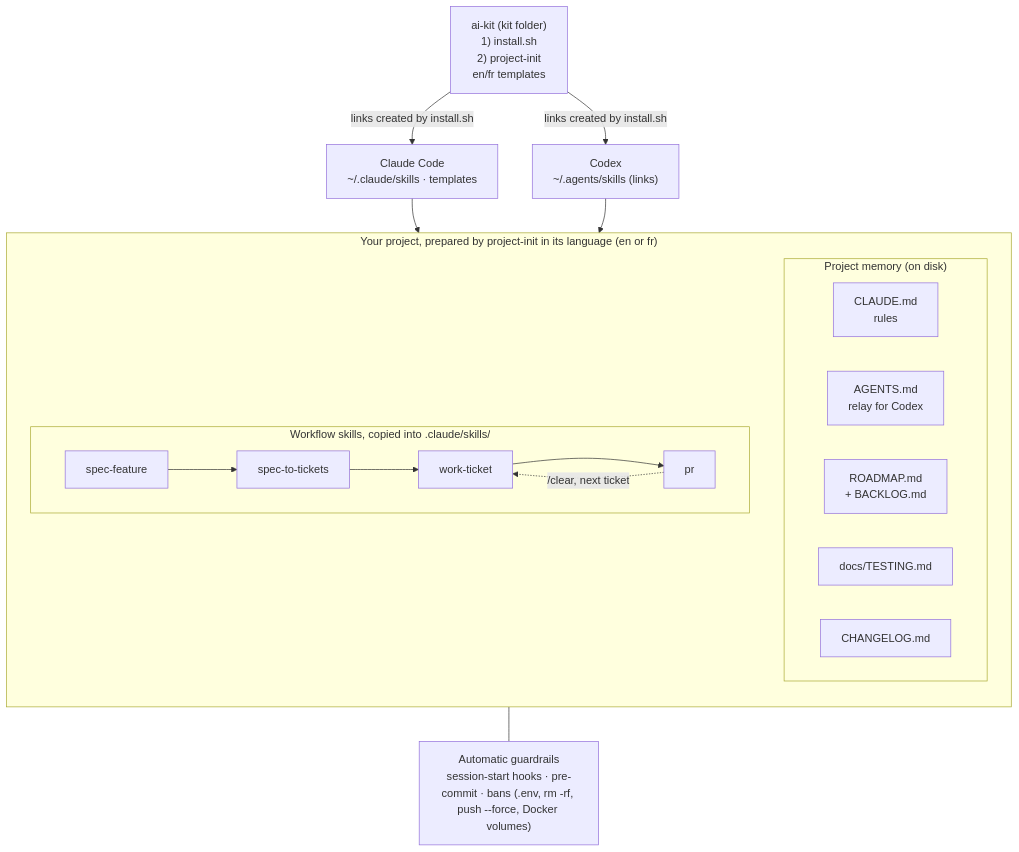
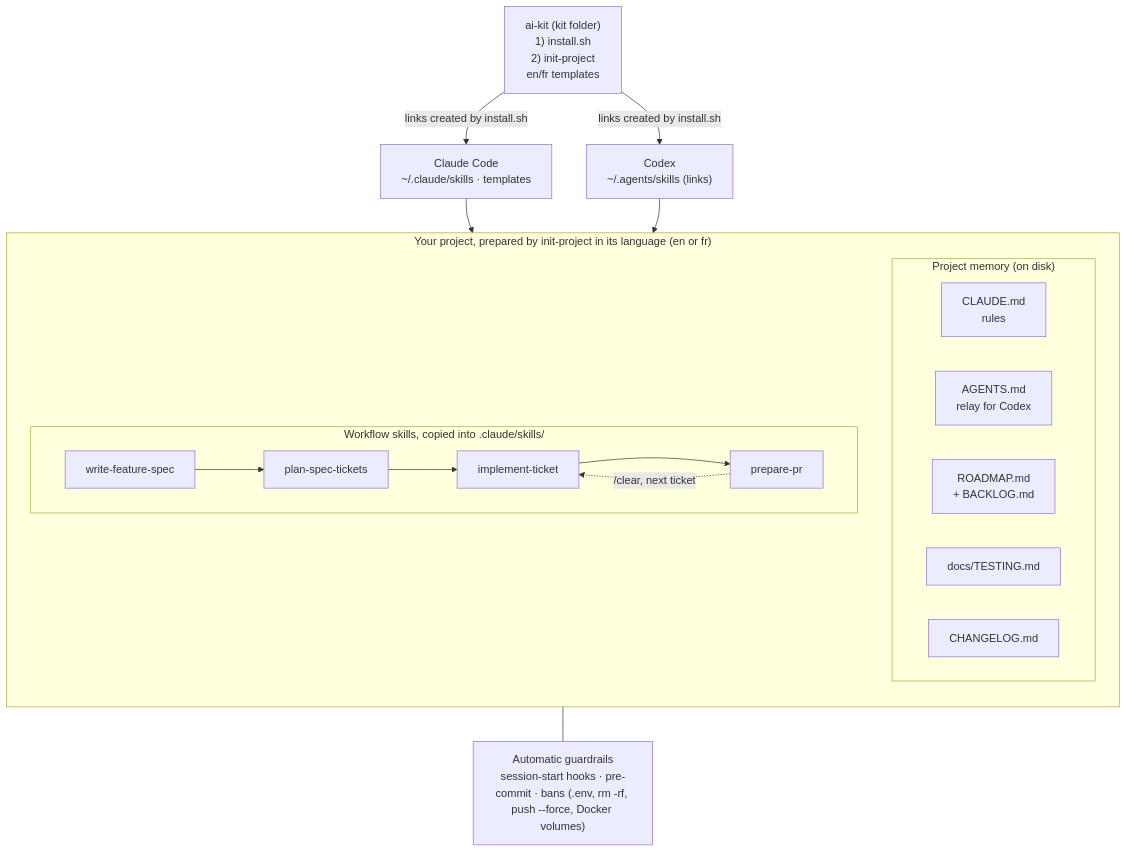
One commit to drisshaou/ai-kit changed the first of 2 diagrams in GUIDE.md. Above: the diagram before and after it, drawn with Mermaid. The commit also changed other lines of this file and 19 other files, not shown here.

````diff
--- a/GUIDE.md
+++ b/GUIDE.md
@@ -10,30 +10,30 @@
 ```mermaid
 flowchart TD
-    KIT["ai-kit (kit folder)<br/>1) install.sh<br/>2) project-init<br/>en/fr templates"]
+    KIT["ai-kit (kit folder)<br/>1) install.sh<br/>2) init-project<br/>en/fr templates"]
     CLAUDE["Claude Code<br/>~/.claude/skills · templates"]
     CODEX["Codex<br/>~/.agents/skills (links)"]
     KIT -->|links created by install.sh| CLAUDE
     KIT -->|links created by install.sh| CODEX
 
-    subgraph PROJECT["Your project, prepared by project-init in its language (en or fr)"]
+    subgraph PROJECT["Your project, prepared by init-project in its language (en or fr)"]
         direction TB
         subgraph FILES["Project memory (on disk)"]
             direction LR
             F1["CLAUDE.md<br/>rules"]
             F2["AGENTS.md<br/>relay for Codex"]
             F3["ROADMAP.md<br/>+ BACKLOG.md"]
             F4["docs/TESTING.md"]
             F5["CHANGELOG.md"]
         end
         subgraph FLOW["Workflow skills, copied into .claude/skills/"]
             direction LR
-            S1["spec-feature"] --> S2["spec-to-tickets"] --> S3["work-ticket"] --> S4["pr"]
+            S1["write-feature-spec"] --> S2["plan-spec-tickets"] --> S3["implement-ticket"] --> S4["prepare-pr"]
             S4 -.->|"/clear, next ticket"| S3
         end
     end
 
     CLAUDE --> PROJECT
     CODEX --> PROJECT
     GUARD["Automatic guardrails<br/>session-start hooks · pre-commit · bans (.env, rm -rf, push --force, Docker volumes)"]
     PROJECT --- GUARD
 ```
````
